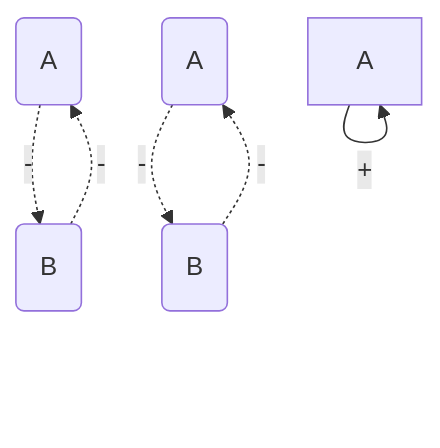
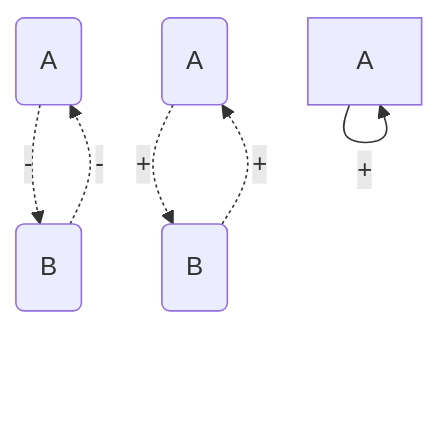
One commit to yatharthb97/yatharthb97.github.io changed the second of 2 diagrams in content/classnotes/week7.md. Above: the diagram before and after it, drawn with Mermaid. The commit also changed other lines of this file, not shown here.

````diff
--- a/content/classnotes/week7.md
+++ b/content/classnotes/week7.md
@@ -165,10 +165,10 @@
 ```mermaid
 flowchart TD
 	A --"+"--> A
 	
 	2A(A) -."-".->2B(B)
 	2B -."-".-> 2A
 	
-	3A(A) -."-".->3B(B)
-	3B -."-".-> 3A
+	3A(A) -."+".->3B(B)
+	3B -."+".-> 3A
 ```
````
